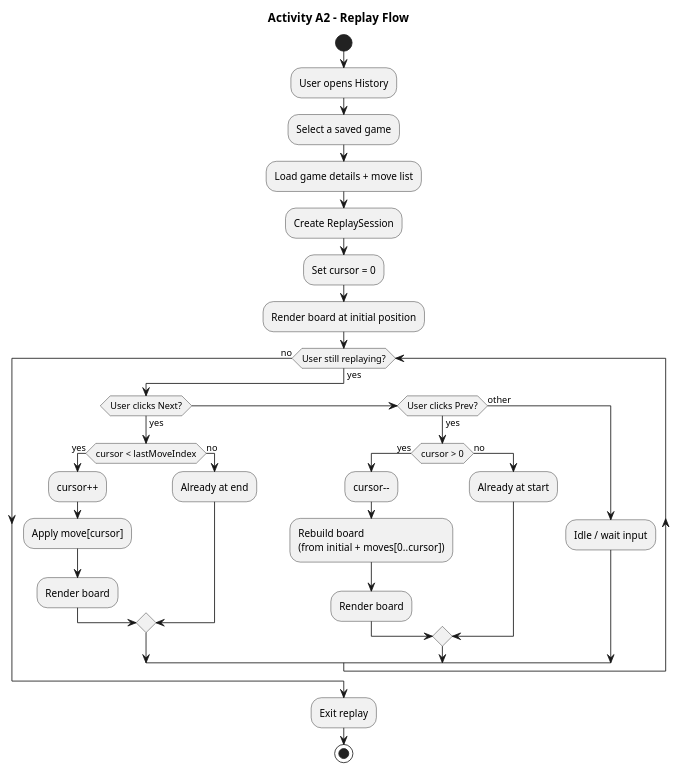
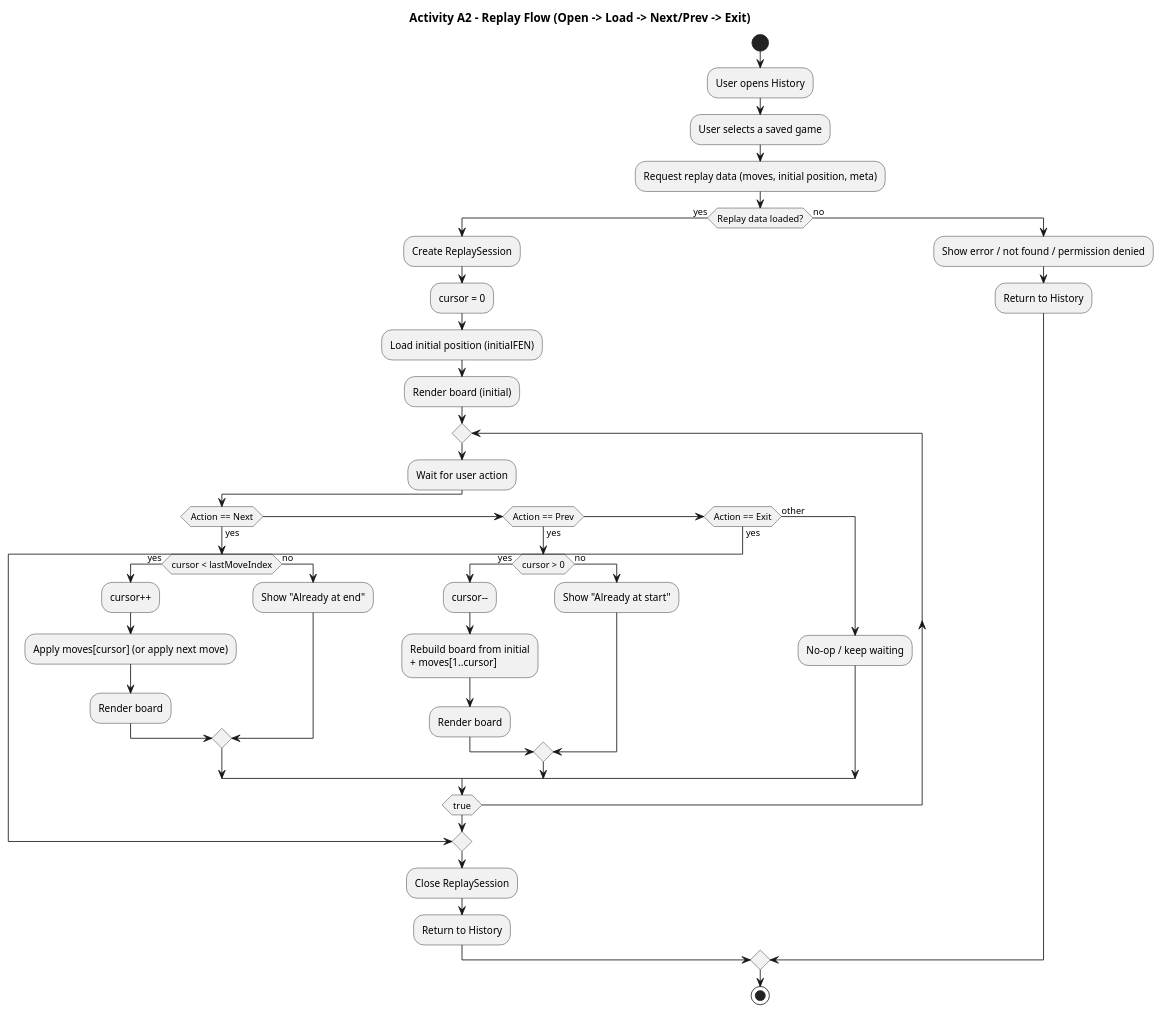
Before and after one commit to Sagitoaz/ChessWeb: the diagram in UML PlayBot + Replay/A2_ReplayFlow.puml, drawn with PlantUML. The commit also changed 5 other files, not shown here.

```diff
--- a/UML PlayBot + Replay/A2_ReplayFlow.puml
+++ b/UML PlayBot + Replay/A2_ReplayFlow.puml
@@ -1,37 +1,56 @@
 @startuml
-title Activity A2 - Replay Flow
+title Activity A2 - Replay Flow (Open -> Load -> Next/Prev -> Exit)
+
 start
 
 :User opens History;
-:Select a saved game;
-:Load game details + move list;
+:User selects a saved game;
 
-:Create ReplaySession;
-:Set cursor = 0;
-:Render board at initial position;
+:Request replay data (moves, initial position, meta);
 
-while (User still replaying?) is (yes)
-  if (User clicks Next?) then (yes)
-    if (cursor < lastMoveIndex) then (yes)
-      :cursor++;
-      :Apply move[cursor];
-      :Render board;
-    else (no)
-      :Already at end;
+if (Replay data loaded?) then (yes)
+  :Create ReplaySession;
+  :cursor = 0;
+  :Load initial position (initialFEN);
+  :Render board (initial);
+
+  repeat
+    :Wait for user action;
+
+    if (Action == Next) then (yes)
+      if (cursor < lastMoveIndex) then (yes)
+        :cursor++;
+        :Apply moves[cursor] (or apply next move);
+        :Render board;
+      else (no)
+        :Show "Already at end";
+      endif
+
+    elseif (Action == Prev) then (yes)
+      if (cursor > 0) then (yes)
+        :cursor--;
+        :Rebuild board from initial\n+ moves[1..cursor];
+        :Render board;
+      else (no)
+        :Show "Already at start";
+      endif
+
+    elseif (Action == Exit) then (yes)
+      break
+
+    else (other)
+      :No-op / keep waiting;
     endif
-  elseif (User clicks Prev?) then (yes)
-    if (cursor > 0) then (yes)
-      :cursor--;
-      :Rebuild board\n(from initial + moves[0..cursor]);
-      :Render board;
-    else (no)
-      :Already at start;
-    endif
-  else (other)
-    :Idle / wait input;
-  endif
-endwhile (no)
 
-:Exit replay;
+  repeat while (true)
+
+  :Close ReplaySession;
+  :Return to History;
+
+else (no)
+  :Show error / not found / permission denied;
+  :Return to History;
+endif
+
 stop
 @enduml
```
